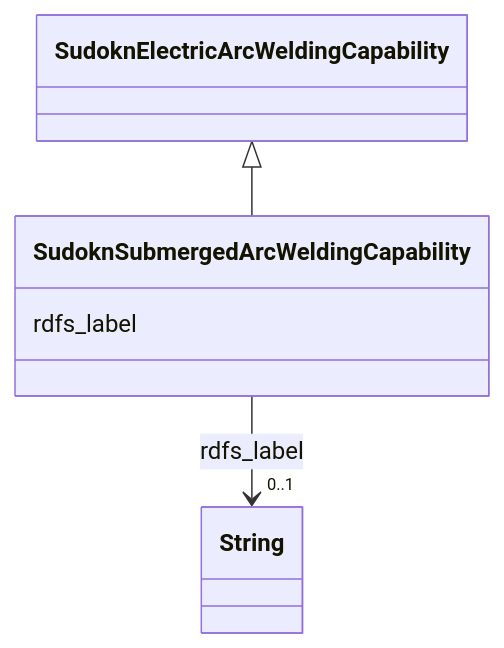
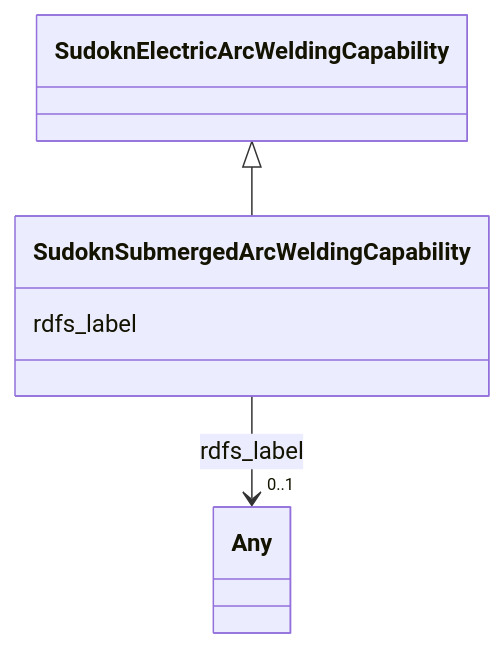
Before and after one commit to frink-okn/graph-descriptions: the diagram in sudokn-kg/classes/SudoknSubmergedArcWeldingCapability.md, drawn with Mermaid. The commit also changed other lines of this file and 903 other files, not shown here.

````diff
--- a/sudokn-kg/classes/SudoknSubmergedArcWeldingCapability.md
+++ b/sudokn-kg/classes/SudoknSubmergedArcWeldingCapability.md
@@ -23,18 +16,18 @@
 ```mermaid
  classDiagram
     class SudoknSubmergedArcWeldingCapability
     click SudoknSubmergedArcWeldingCapability href "../SudoknSubmergedArcWeldingCapability"
       SudoknElectricArcWeldingCapability <|-- SudoknSubmergedArcWeldingCapability
         click SudoknElectricArcWeldingCapability href "../SudoknElectricArcWeldingCapability"
       
       SudoknSubmergedArcWeldingCapability : rdfs_label
         
           
     
     
-    SudoknSubmergedArcWeldingCapability --> "0..1" String : rdfs_label
-    click String href "../String"
+    SudoknSubmergedArcWeldingCapability --> "0..1" Any : rdfs_label
+    click Any href "../Any"
 
         
       
 ```
````
